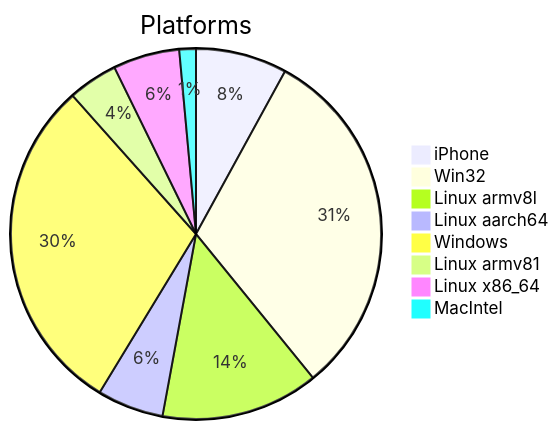
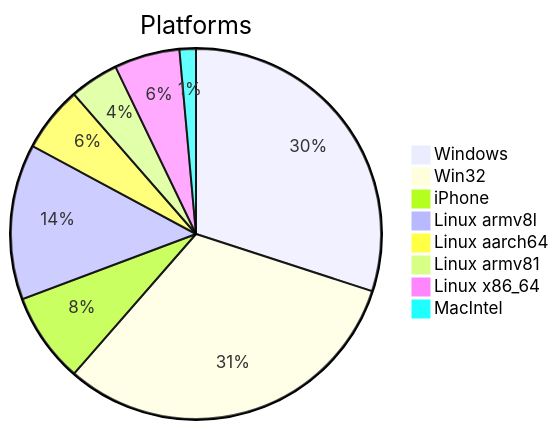
One commit to Krugou/socials changed the first of 2 diagrams in DATA_REPORT.md. Above: the diagram before and after it, drawn with Mermaid. The commit also changed other lines of this file and 2 other files, not shown here.

````diff
--- a/DATA_REPORT.md
+++ b/DATA_REPORT.md
@@ -9,11 +9,11 @@
 ```mermaid
 pie title Platforms
+    "Windows" : 42
+    "Win32" : 44
     "iPhone" : 11
-    "Win32" : 43
     "Linux armv8l" : 19
     "Linux aarch64" : 8
-    "Windows" : 41
     "Linux armv81" : 6
     "Linux x86_64" : 8
     "MacIntel" : 2
 ```
````
